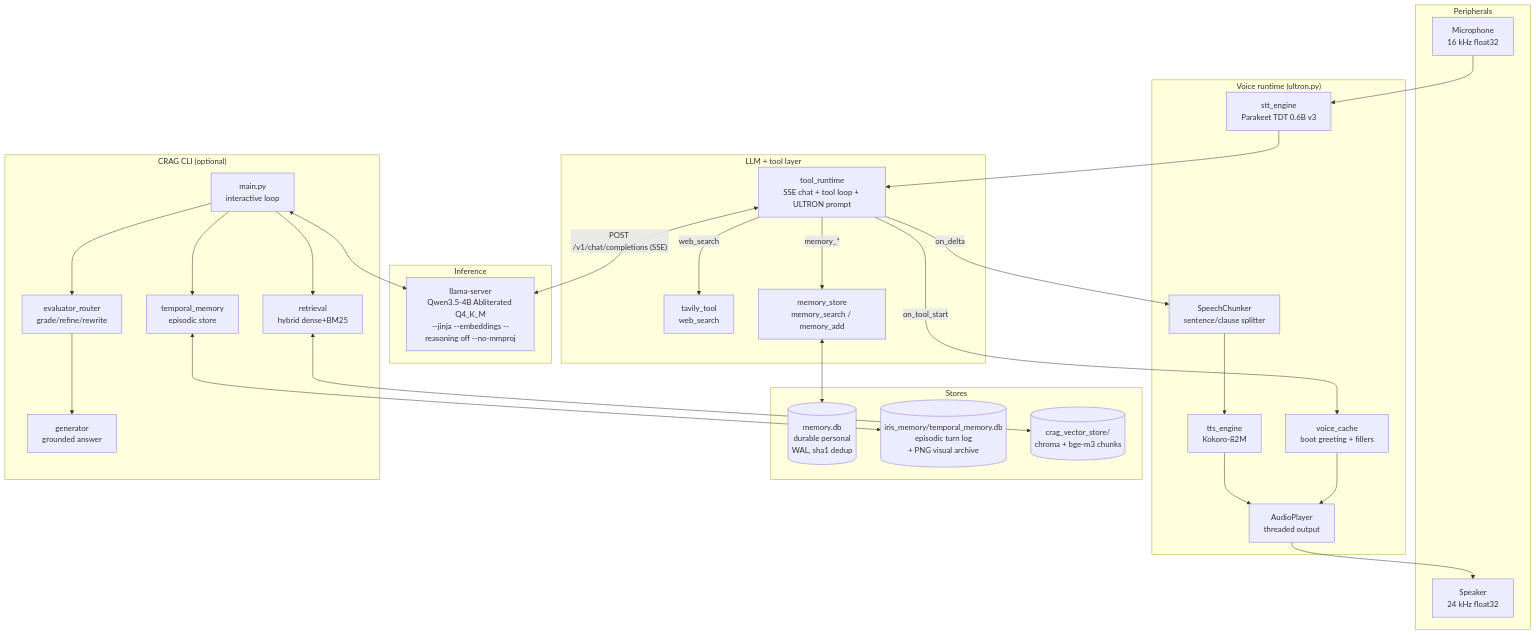
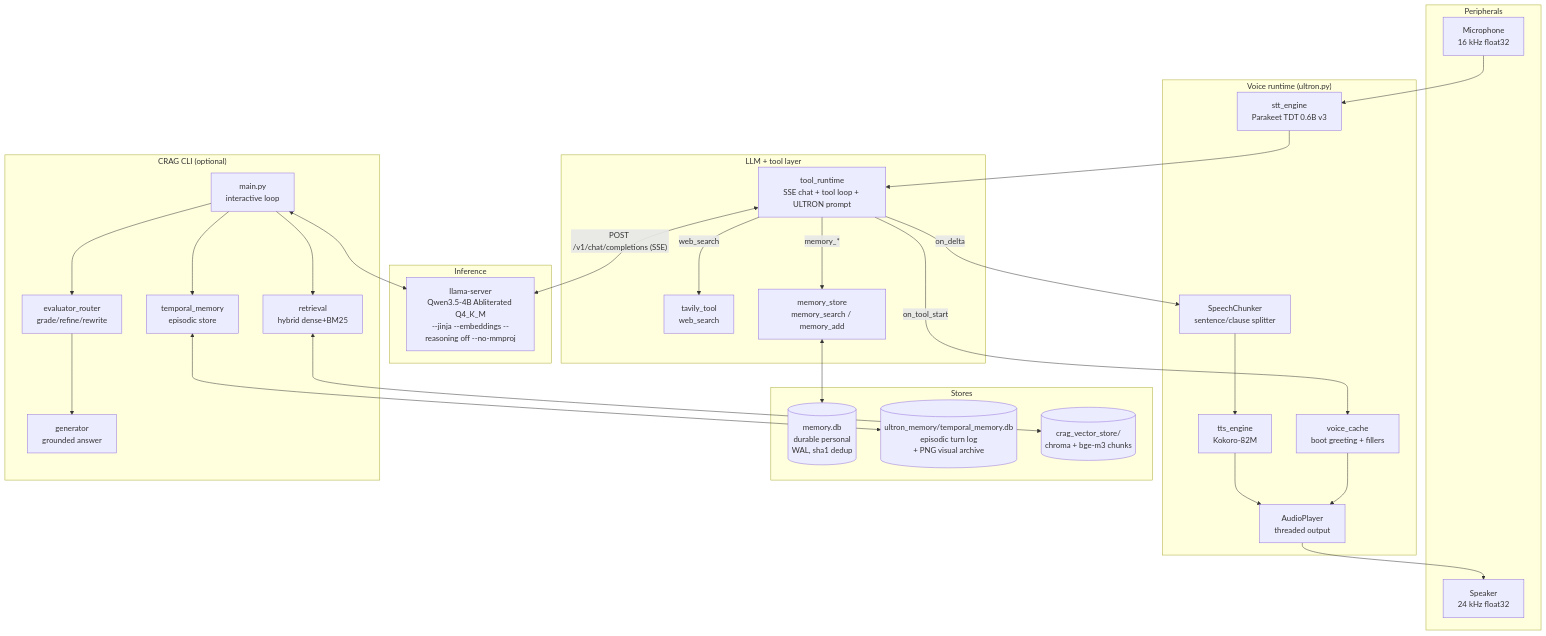
Before and after one commit to hacktivist211/ULTRON: the first of 6 diagrams in README.md, drawn with Mermaid. The commit also changed other lines of this file and 27 other files, not shown here.

````diff
--- a/README.md
+++ b/README.md
@@ -75,51 +75,51 @@
 ```mermaid
 graph TD
     subgraph Peripherals
         MIC["Microphone<br/>16 kHz float32"]
         SPK["Speaker<br/>24 kHz float32"]
     end
 
     subgraph VoiceRuntime["Voice runtime (ultron.py)"]
         STT["stt_engine<br/>Parakeet TDT 0.6B v3"]
         CHK["SpeechChunker<br/>sentence/clause splitter"]
         VC["voice_cache<br/>boot greeting + fillers"]
         TTS["tts_engine<br/>Kokoro-82M"]
         PLR["AudioPlayer<br/>threaded output"]
     end
 
     subgraph LLMLayer["LLM + tool layer"]
         TR["tool_runtime<br/>SSE chat + tool loop + ULTRON prompt"]
         TAV["tavily_tool<br/>web_search"]
         MEM["memory_store<br/>memory_search / memory_add"]
     end
 
     subgraph Inference
         LS["llama-server<br/>Qwen3.5-4B Abliterated Q4_K_M<br/>--jinja --embeddings --reasoning off --no-mmproj"]
     end
 
     subgraph Stores
         MDB[("memory.db<br/>durable personal<br/>WAL, sha1 dedup")]
-        TDB[("iris_memory/temporal_memory.db<br/>episodic turn log<br/>+ PNG visual archive")]
+        TDB[("ultron_memory/temporal_memory.db<br/>episodic turn log<br/>+ PNG visual archive")]
         VDB[("crag_vector_store/<br/>chroma + bge-m3 chunks")]
     end
 
     subgraph CRAG["CRAG CLI (optional)"]
         MAIN["main.py<br/>interactive loop"]
         ER["evaluator_router<br/>grade/refine/rewrite"]
         GEN["generator<br/>grounded answer"]
         RT["retrieval<br/>hybrid dense+BM25"]
         TM["temporal_memory<br/>episodic store"]
     end
 
     MIC --> STT --> TR
     TR <-->|"POST /v1/chat/completions (SSE)"| LS
     TR -->|"on_delta"| CHK --> TTS --> PLR --> SPK
     TR -->|"on_tool_start"| VC --> PLR
     TR -->|web_search| TAV
     TR -->|memory_*| MEM
     MEM <--> MDB
     MAIN <--> LS
     MAIN --> ER --> GEN
     MAIN --> RT <--> VDB
     MAIN --> TM <--> TDB
 ```
````
